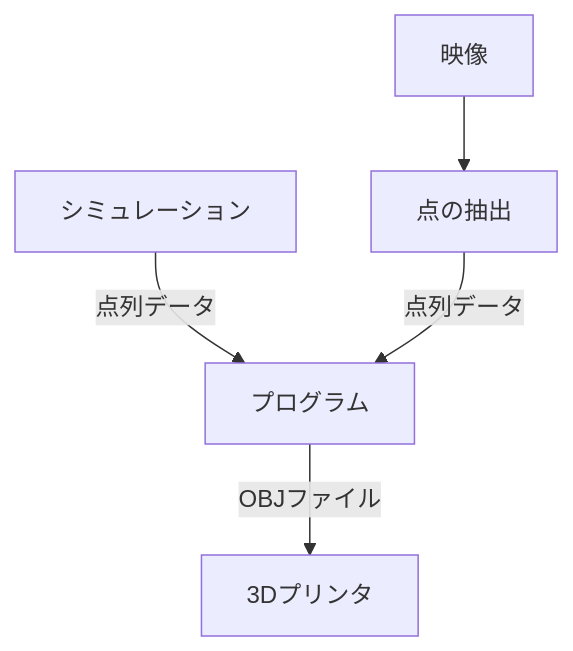
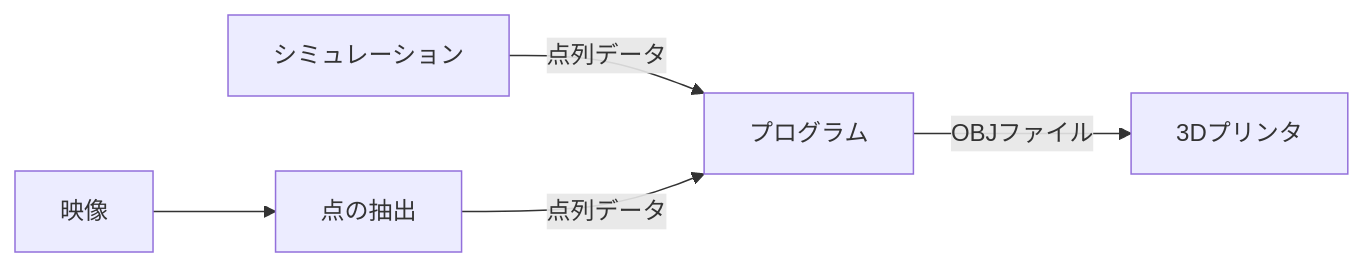
The diagram in docs/interim/tech_side.md (GitHubharuya/gaei3_a), drawn with Mermaid before and after one commit.

Commit message:
Change: フローチャートの向きを横に

````diff
--- a/docs/interim/tech_side.md
+++ b/docs/interim/tech_side.md
@@ -6,12 +6,12 @@
 ```mermaid
-flowchart TB
+flowchart LR
   node_1["点の抽出"]
   node_2["シミュレーション"]
   node_4["プログラム"]
   node_5["3Dプリンタ"]
   node_3["映像"]
   node_4 --"OBJファイル"--> node_5
   node_2 --"点列データ"--> node_4
   node_1 --"点列データ"--> node_4
   node_3 --> node_1
 ```
````
